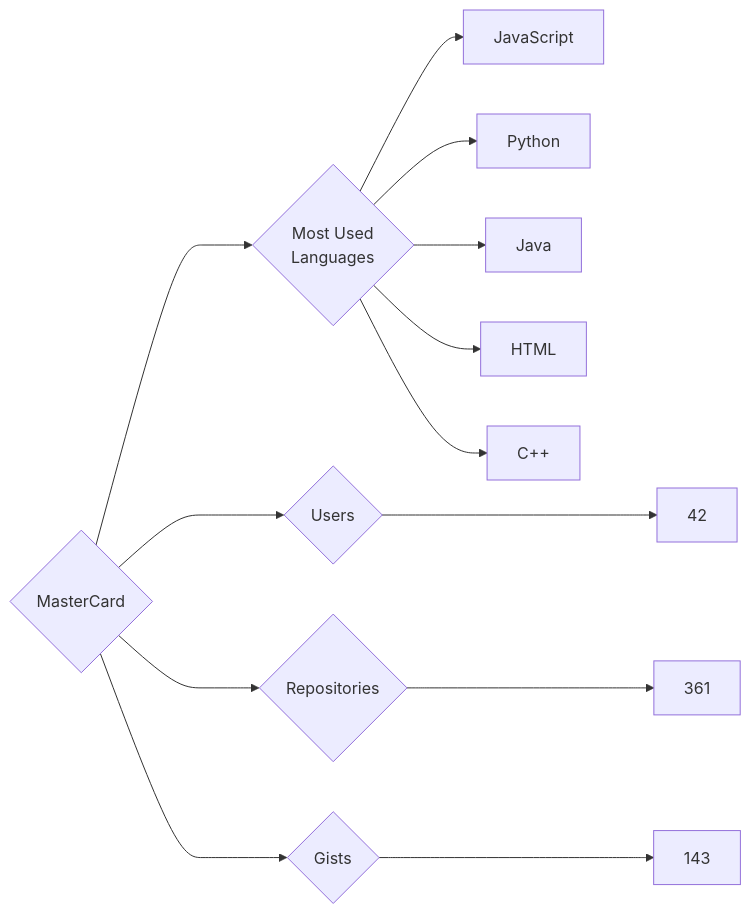
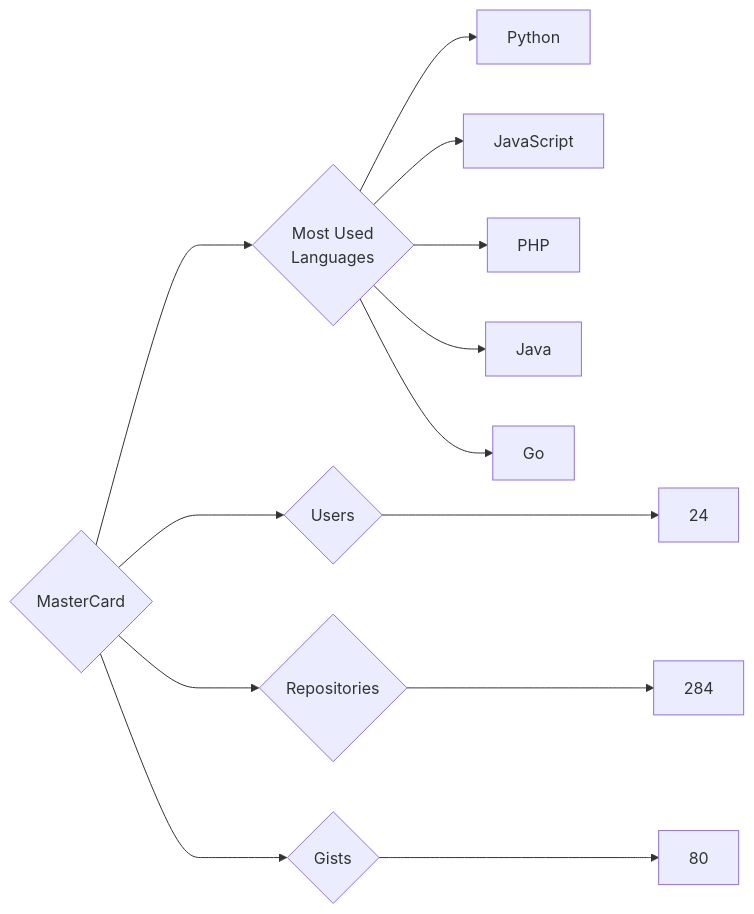
The diagram in targets/MasterCard/README.md (trickest/insiders), drawn with Mermaid before and after one commit. The commit also changed 851 other files, not shown here.

````diff
--- a/targets/MasterCard/README.md
+++ b/targets/MasterCard/README.md
@@ -3,13 +3,13 @@
 ```mermaid
 graph LR
 COMPANY_NAME{MasterCard}
-COMPANY_NAME ---> U{Users} ---> UN[42]
-COMPANY_NAME ---> R{Repositories} ---> RN[361]
-COMPANY_NAME ---> G{Gists} ---> GN[143]
+COMPANY_NAME ---> U{Users} ---> UN[24]
+COMPANY_NAME ---> R{Repositories} ---> RN[284]
+COMPANY_NAME ---> G{Gists} ---> GN[80]
 COMPANY_NAME ---> ML{Most Used<br>Languages}
+ML --> Python[Python]
 ML --> JavaScript[JavaScript]
-ML --> Python[Python]
+ML --> PHP[PHP]
 ML --> Java[Java]
-ML --> HTML[HTML]
-ML --> C++[C++]
+ML --> Go[Go]
 ```
````
